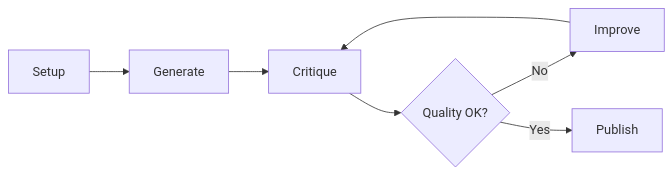
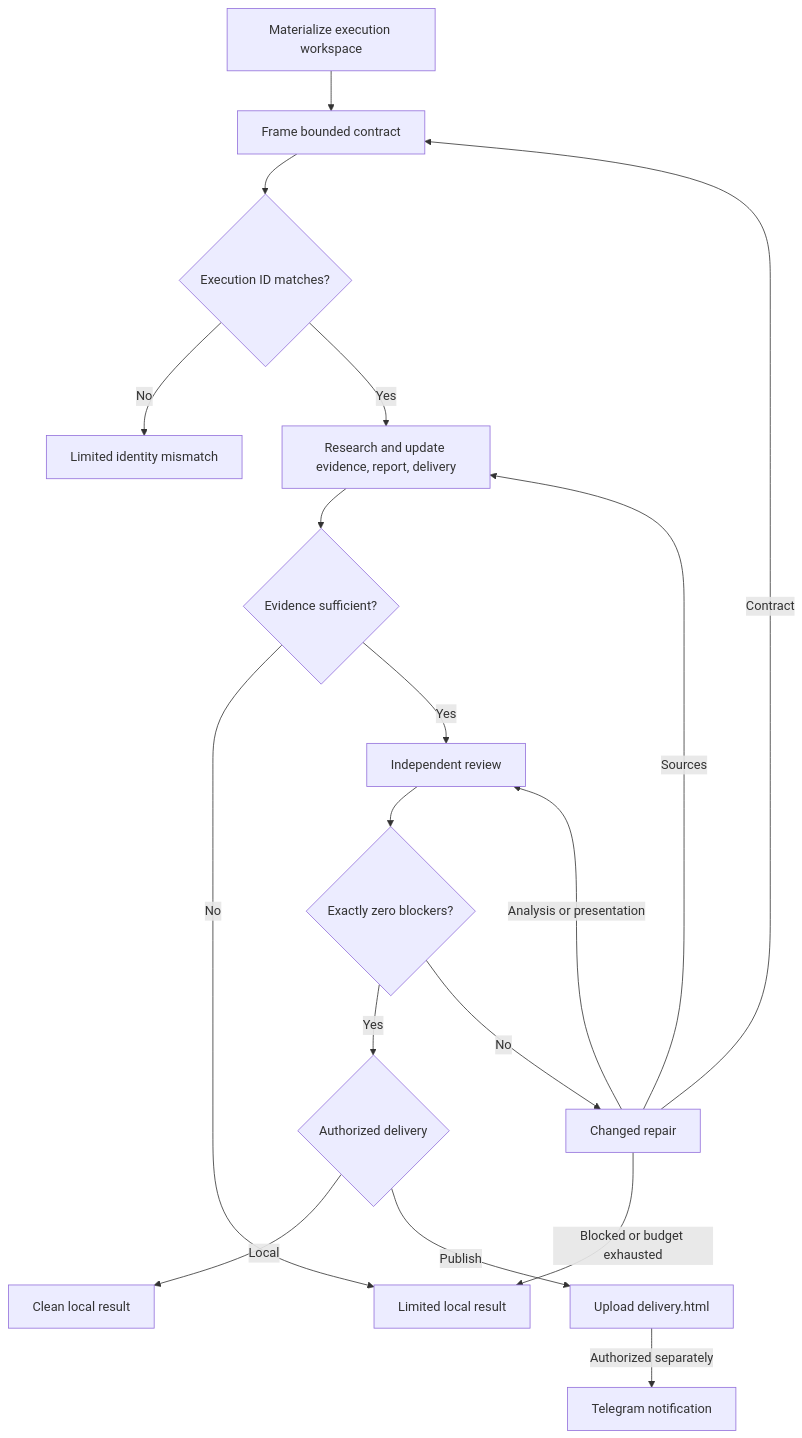
The diagram in packages/docs/src/content/docs/docs/reference/workflows/iterative-research.mdx (moira-mcp/moira), drawn with Mermaid before and after one commit. The commit also changed other lines of this file and 72 other files, not shown here.

````diff
--- a/packages/docs/src/content/docs/docs/reference/workflows/iterative-research.mdx
+++ b/packages/docs/src/content/docs/docs/reference/workflows/iterative-research.mdx
@@ -18,9 +45,20 @@
 ```mermaid
-flowchart LR
-    A[Setup] --> B[Generate]
-    B --> C[Critique]
-    C --> D{Quality OK?}
-    D -->|No| E[Improve]
-    E --> C
-    D -->|Yes| F[Publish]
+flowchart TD
+    A[Materialize execution workspace] --> B[Frame bounded contract]
+    B --> C{Execution ID matches?}
+    C -->|No| X[Limited identity mismatch]
+    C -->|Yes| D[Research and update evidence, report, delivery]
+    D --> E{Evidence sufficient?}
+    E -->|No| L[Limited local result]
+    E -->|Yes| F[Independent review]
+    F --> G{Exactly zero blockers?}
+    G -->|Yes| H{Authorized delivery}
+    G -->|No| I[Changed repair]
+    I -->|Contract| B
+    I -->|Sources| D
+    I -->|Analysis or presentation| F
+    I -->|Blocked or budget exhausted| L
+    H -->|Local| J[Clean local result]
+    H -->|Publish| K[Upload delivery.html]
+    K -->|Authorized separately| N[Telegram notification]
 ```
````
